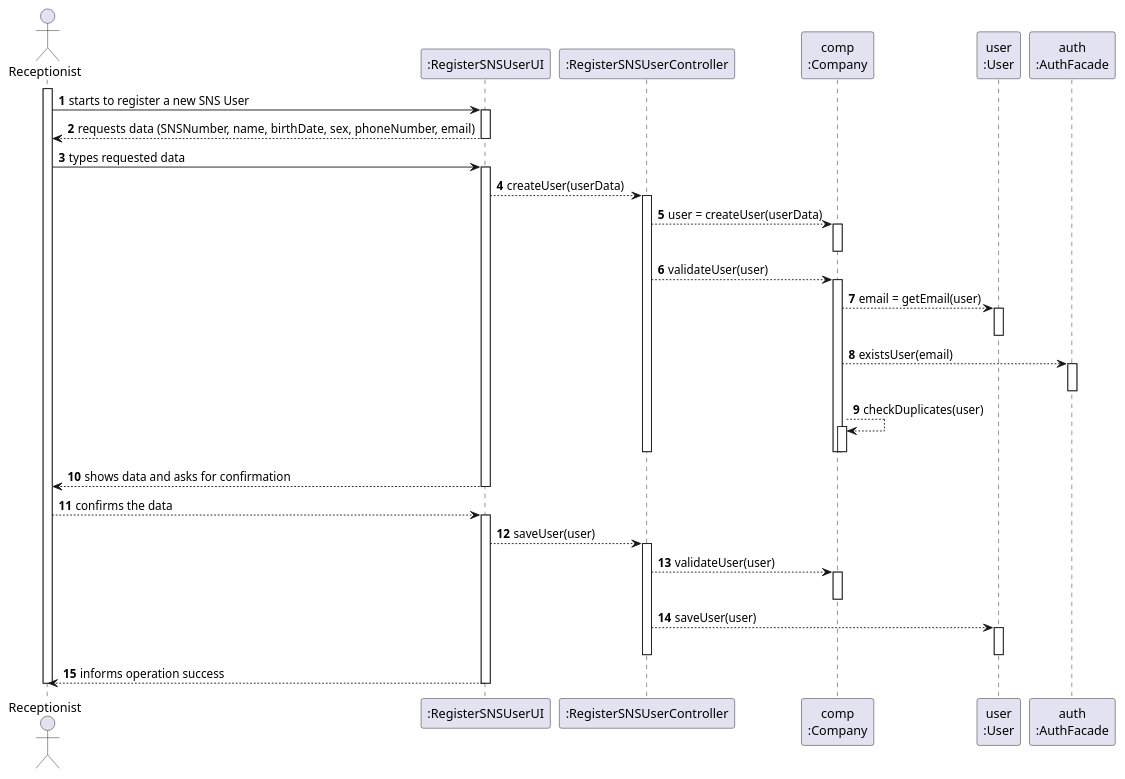
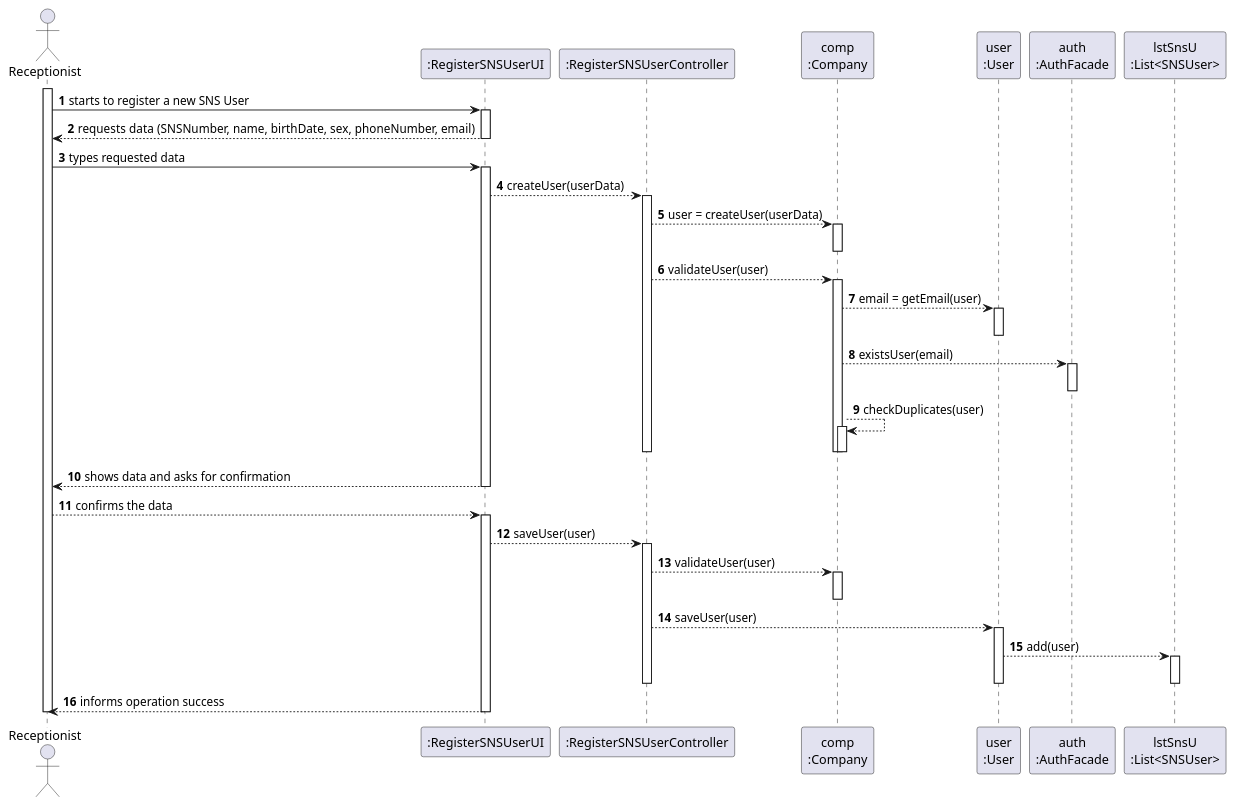
One commit to miseEnPlace-i/lapr2 changed the diagram in docs/SprintB/US03/SD/US03_SD.puml. Above: the diagram before and after it, drawn with PlantUML. The commit also changed 1 other file, not shown here.

```diff
--- a/docs/SprintB/US03/SD/US03_SD.puml
+++ b/docs/SprintB/US03/SD/US03_SD.puml
@@ -1,72 +1,78 @@
 @startuml Sequence Diagram
 autonumber
 'hide footbox
 actor "Receptionist" as RECEPT
 
 participant ":RegisterSNSUserUI" as UI
 participant ":RegisterSNSUserController" as CTRL
 ' participant "app\n:ApplicationPOT" as APP
 ' participant ":Platform" as PLAT
 participant "comp\n:Company" as COMP
 participant "user\n:User" as USER
 participant "auth\n:AuthFacade" as AUTH
+participant "lstSnsU\n:List<SNSUser>" as LIST
 
 activate RECEPT
 RECEPT -> UI : starts to register a new SNS User
 activate UI
 UI --> RECEPT : requests data (SNSNumber, name, birthDate, sex, phoneNumber, email)
 deactivate UI
 
 RECEPT -> UI : types requested data
 activate UI
 
 UI --> CTRL : createUser(userData)
 activate CTRL
 
 CTRL --> COMP : user = createUser(userData)
 activate COMP
 deactivate COMP
 
 CTRL --> COMP : validateUser(user)
 activate COMP
 
 COMP --> USER : email = getEmail(user)
 activate USER
 deactivate USER
 
 COMP --> AUTH : existsUser(email)
 activate AUTH
 deactivate AUTH
 
 COMP --> COMP : checkDuplicates(user)
 activate COMP
 deactivate COMP
 
 deactivate COMP
 deactivate CTRL
 
 UI --> RECEPT : shows data and asks for confirmation
 deactivate UI
 
 RECEPT --> UI : confirms the data
 activate UI
 
 UI --> CTRL : saveUser(user)
 activate CTRL
 
 CTRL --> COMP : validateUser(user)
 activate COMP
 deactivate COMP
 
 CTRL --> USER : saveUser(user)
 activate USER
+
+USER --> LIST : add(user)
+activate LIST
+deactivate LIST
+
 deactivate USER
 
 deactivate CTRL
 
 UI --> RECEPT : informs operation success
 deactivate UI
 
 deactivate RECEPT
 
 @enduml
```
